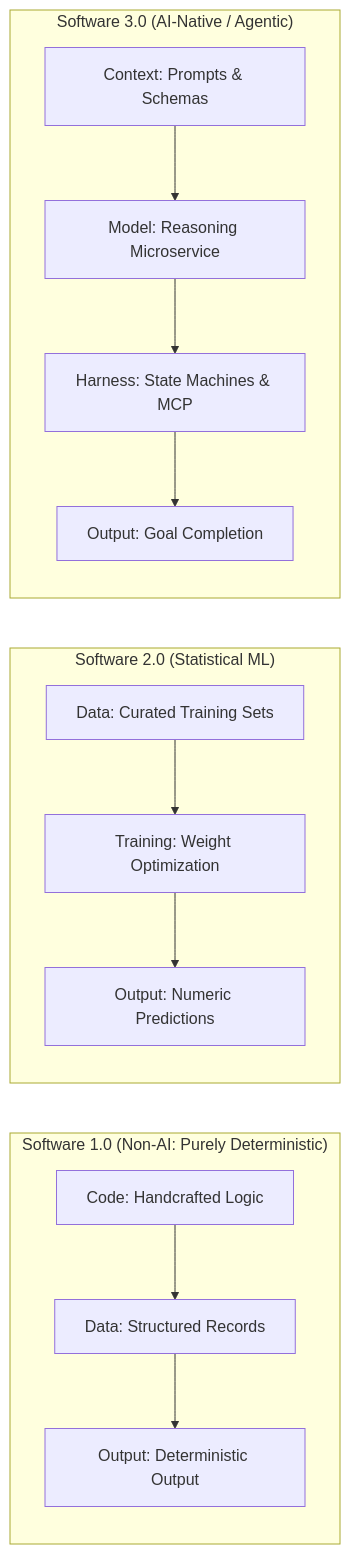
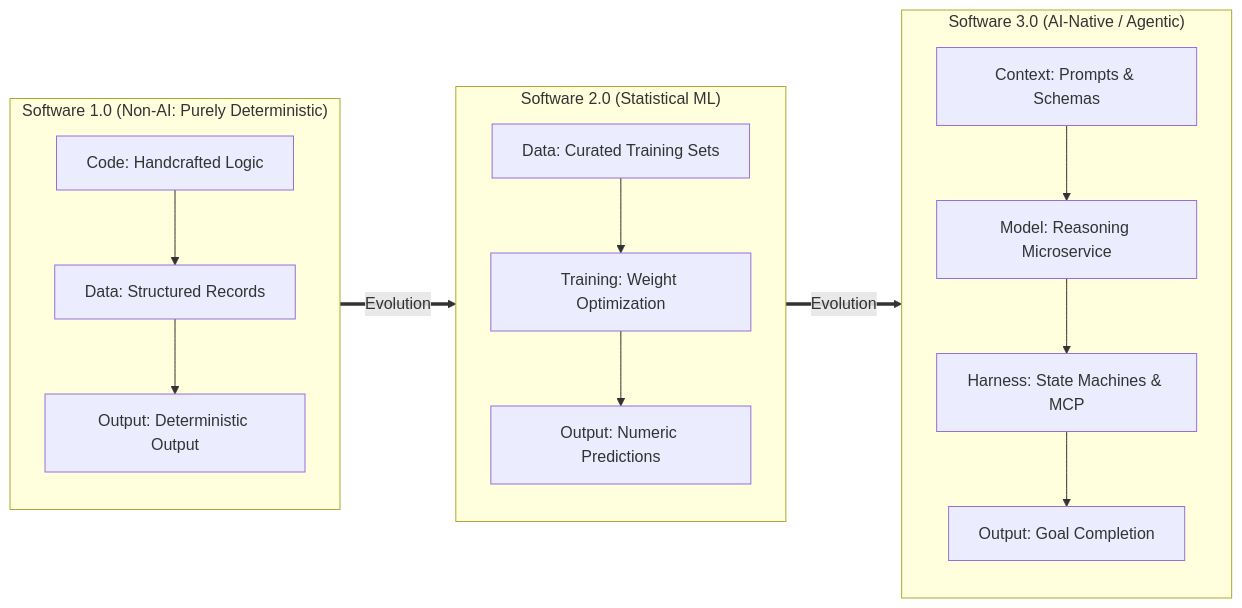
One commit to dip4k/senior-engineer-to-ai-engineer-roadmap changed the second of 4 diagrams in senior-transition-guide.md. Above: the diagram before and after it, drawn with Mermaid. The commit also changed other lines of this file and 39 other files, not shown here.

First line of the commit message:
Enhance use case documentation for Enterprise AI, including new architectural standards and resilience implementations

````diff
--- a/senior-transition-guide.md
+++ b/senior-transition-guide.md
@@ -41,18 +47,20 @@
 ```mermaid
 flowchart LR
     subgraph S1["Software 1.0 (Non-AI: Purely Deterministic)"]
         A1["Code: Handcrafted Logic"] --> B1["Data: Structured Records"]
         B1 --> C1["Output: Deterministic Output"]
     end
 
     subgraph S2["Software 2.0 (Statistical ML)"]
         A2["Data: Curated Training Sets"] --> B2["Training: Weight Optimization"]
         B2 --> C2["Output: Numeric Predictions"]
     end
 
     subgraph S3["Software 3.0 (AI-Native / Agentic)"]
         A3["Context: Prompts & Schemas"] --> B3["Model: Reasoning Microservice"]
         B3 --> C3["Harness: State Machines & MCP"]
         C3 --> D3["Output: Goal Completion"]
     end
+
+    S1 ==>|"Evolution"| S2 ==>|"Evolution"| S3
 ```
````
